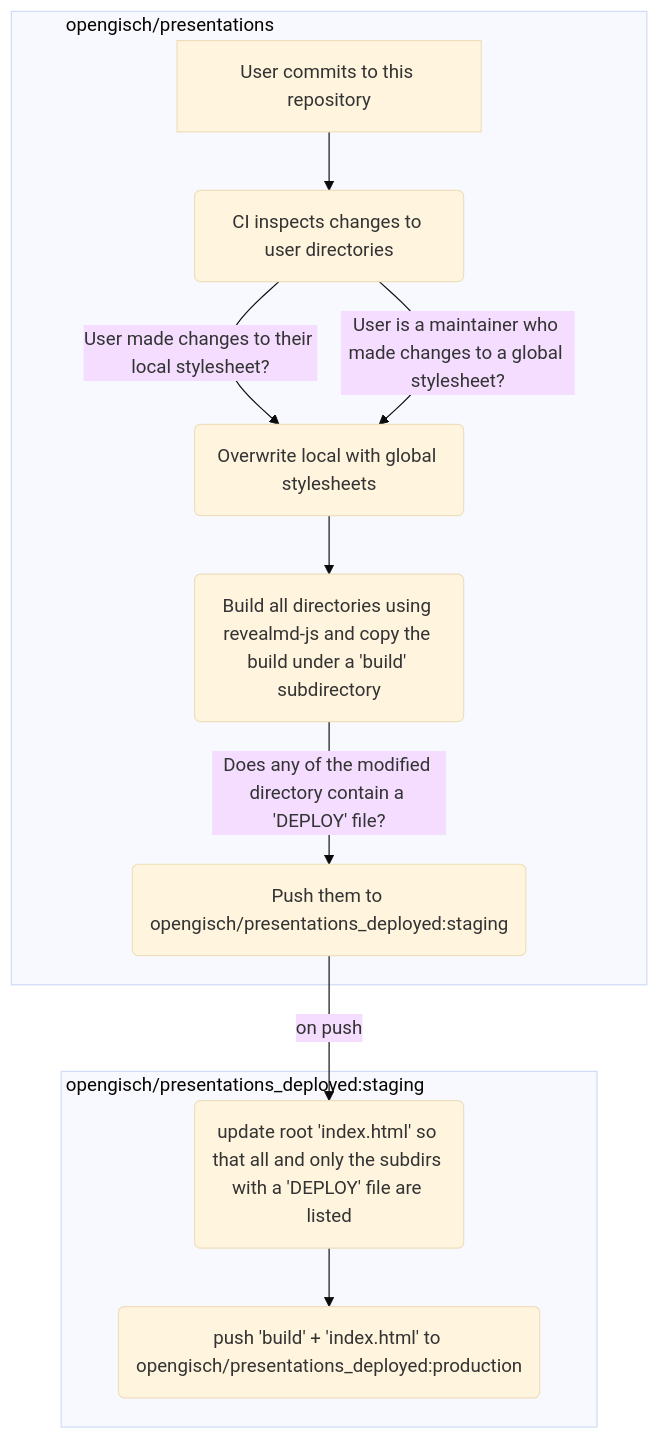
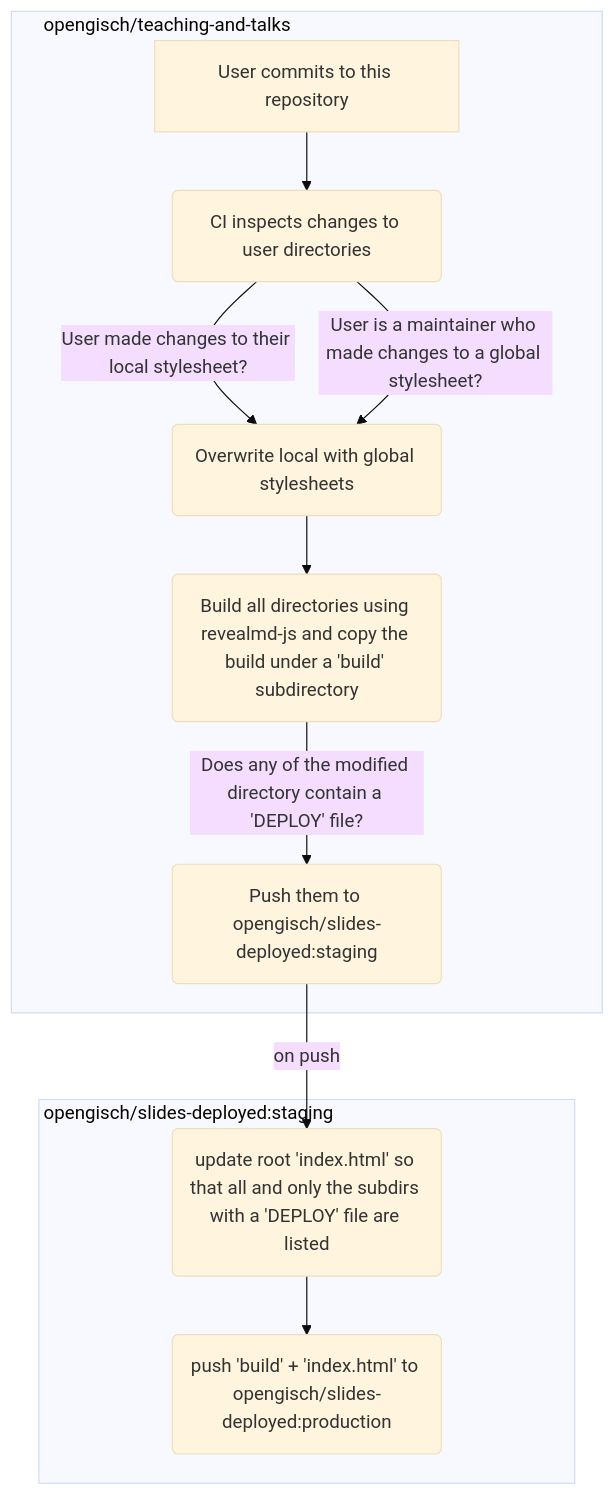
The diagram in README.md (opengisch/teaching-slides), drawn with Mermaid (base theme) before and after one commit. The commit also changed other lines of this file, not shown here.

Commit message:
rename deploy repository from presenations_deployed to slides-deployed and presentations to teaching-and-talks

````diff
--- a/README.md
+++ b/README.md
@@ -6,17 +6,17 @@
 ```mermaid
 graph TD
-    subgraph Alpha[opengisch/presentations]
+    subgraph Alpha[opengisch/teaching-and-talks]
         A[User commits to this repository] --> B(CI inspects changes to user directories)
         B --> |User made changes to their local stylesheet?| C(Overwrite local with global stylesheets)
         B --> |User is a maintainer who made changes to a global stylesheet?| C
         C --> D(Build all directories using revealmd-js and copy the build under a 'build' subdirectory)
-        D --> |Does any of the modified directory contain a 'DEPLOY' file?| E(Push them to opengisch/presentations_deployed:staging)
+        D --> |Does any of the modified directory contain a 'DEPLOY' file?| E(Push them to opengisch/slides-deployed:staging)
     end
-    subgraph Beta [opengisch/presentations_deployed:staging]
+    subgraph Beta [opengisch/slides-deployed:staging]
         E --> |on push| F(update root 'index.html' so that all and only the subdirs with a 'DEPLOY' file are listed)
-        F --> G(push 'build' + 'index.html' to opengisch/presentations_deployed:production)
+        F --> G(push 'build' + 'index.html' to opengisch/slides-deployed:production)
     end
     classDef r margin-right: 450px
     class Alpha r
     class Beta r
 ```
````
